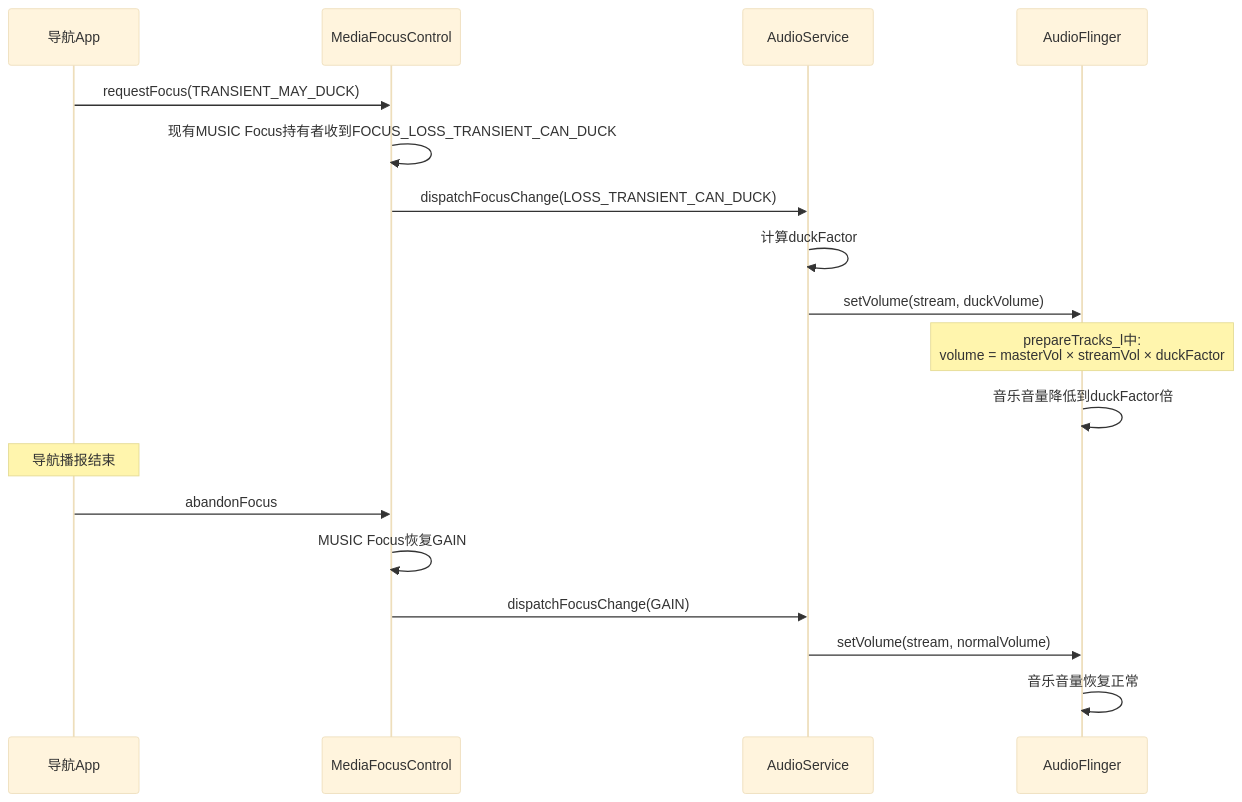
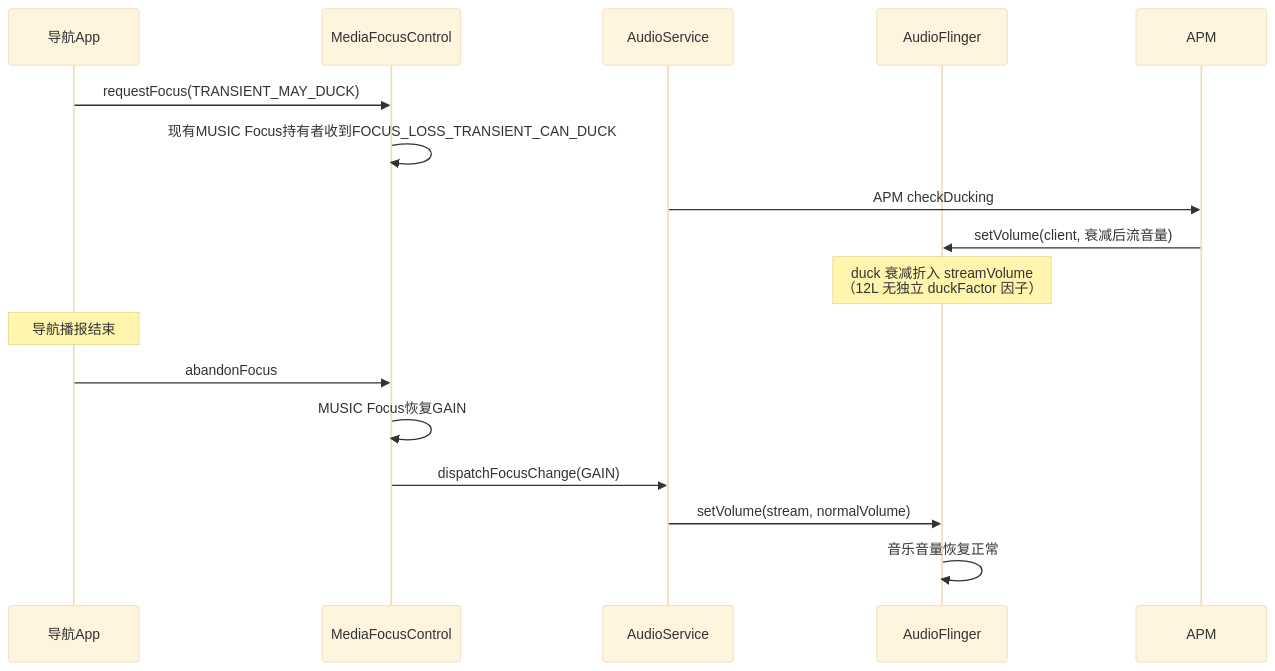
One commit to yanglinzhen1022/SA8295_AAOS_QNX_Audio_KnowledgeBase changed the second of 10 diagrams in 13_Volume_Device_Deep_Dive/13_13.3_Focus+Device+Volume联合交互场景.md. Above: the diagram before and after it, drawn with Mermaid (base theme). The commit also changed other lines of this file and 58 other files, not shown here.

````diff
--- a/13_Volume_Device_Deep_Dive/13_13.3_Focus+Device+Volume联合交互场景.md
+++ b/13_Volume_Device_Deep_Dive/13_13.3_Focus+Device+Volume联合交互场景.md
@@ -57,23 +57,21 @@
 ```mermaid
 sequenceDiagram
     participant NAV as 导航App
     participant MFC as MediaFocusControl
     participant AS as AudioService
     participant AF as AudioFlinger
     
     NAV->>MFC: requestFocus(TRANSIENT_MAY_DUCK)
     MFC->>MFC: 现有MUSIC Focus持有者收到FOCUS_LOSS_TRANSIENT_CAN_DUCK
-    MFC->>AS: dispatchFocusChange(LOSS_TRANSIENT_CAN_DUCK)
-    AS->>AS: 计算duckFactor
-    AS->>AF: setVolume(stream, duckVolume)
+    AS->>APM: APM checkDucking
+    APM->>AF: setVolume(client, 衰减后流音量)
     
-    Note over AF: prepareTracks_l中:<br>volume = masterVol × streamVol × duckFactor
-    AF->>AF: 音乐音量降低到duckFactor倍
+    Note over AF: duck 衰减折入 streamVolume<br>（12L 无独立 duckFactor 因子）
     
     Note over NAV: 导航播报结束
     NAV->>MFC: abandonFocus
     MFC->>MFC: MUSIC Focus恢复GAIN
     MFC->>AS: dispatchFocusChange(GAIN)
     AS->>AF: setVolume(stream, normalVolume)
     AF->>AF: 音乐音量恢复正常
 ```
````
